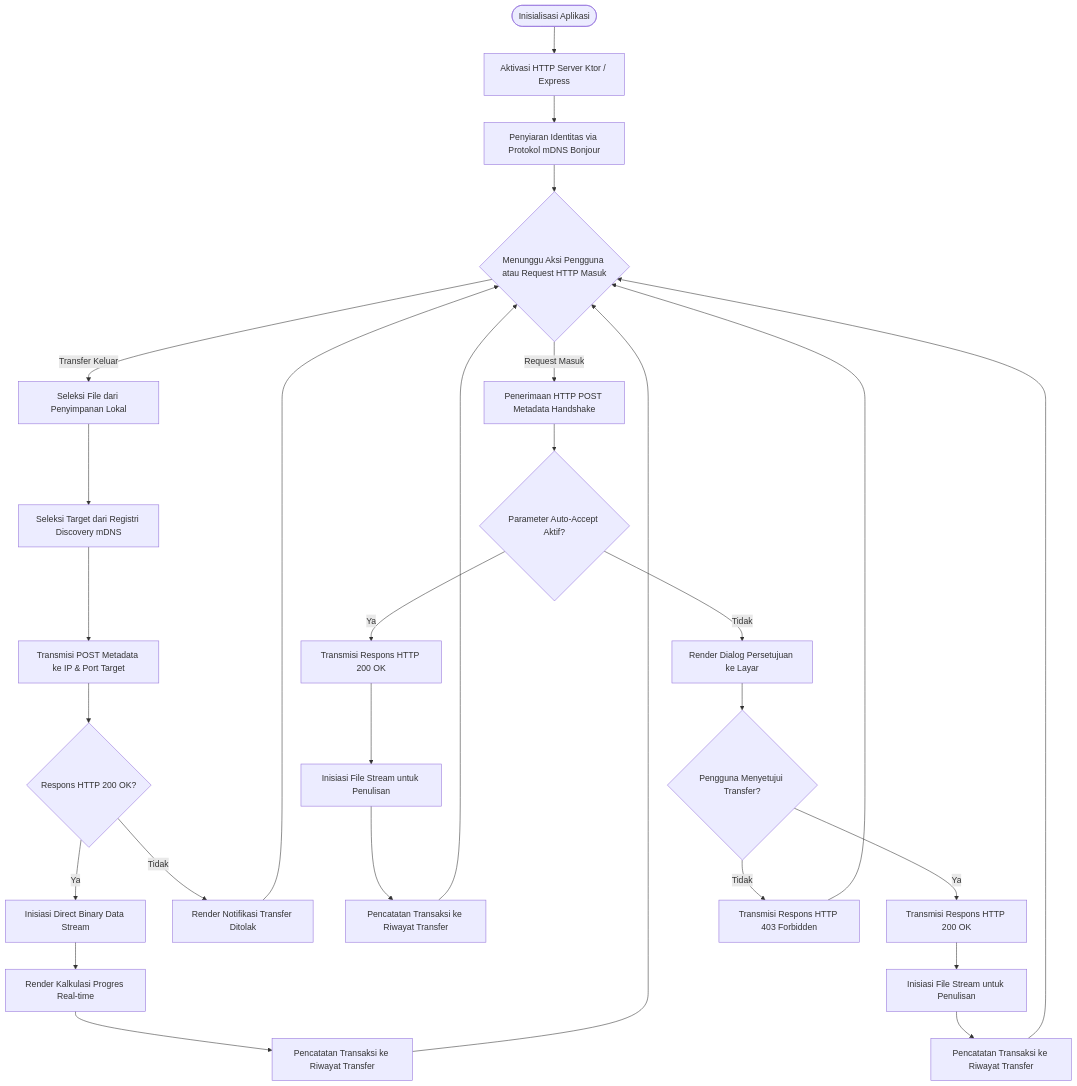
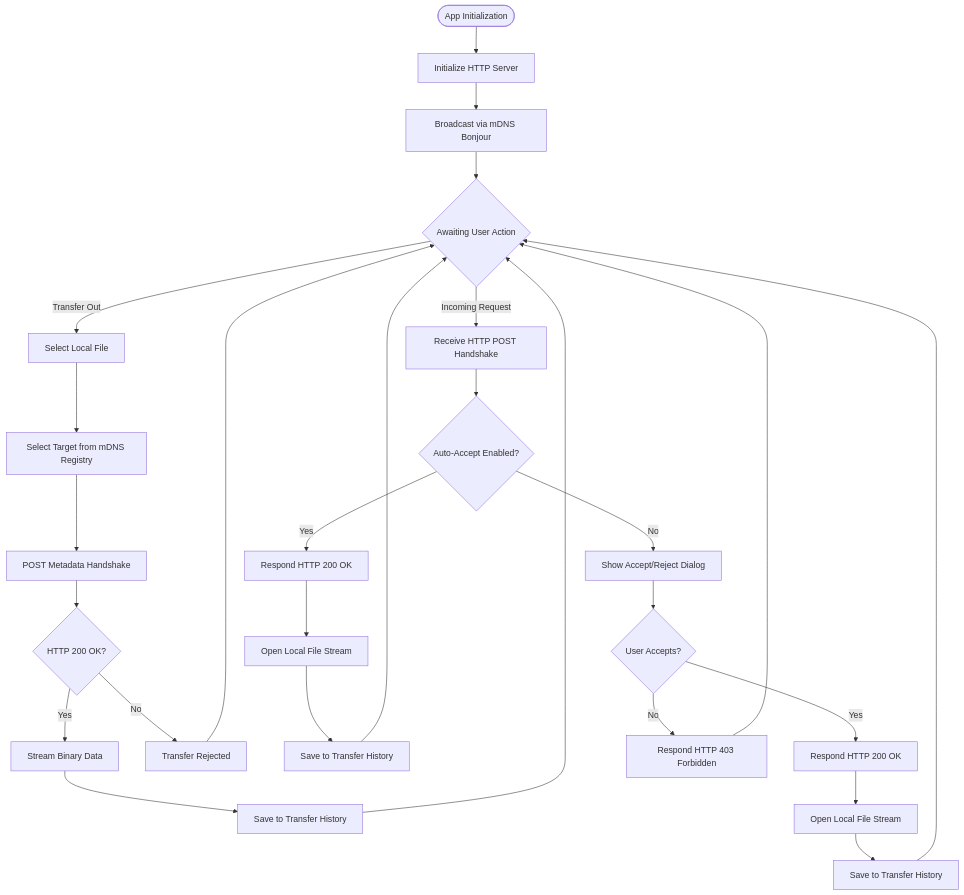
The diagram in README.md (halfthew0rldaway/relay), drawn with Mermaid before and after one commit. The commit also changed other lines of this file and 4 other files, not shown here.

````diff
--- a/README.md
+++ b/README.md
@@ -25,32 +84,31 @@
 ```mermaid
 flowchart TD
-    Start([Inisialisasi Aplikasi]) --> Init[Aktivasi HTTP Server Ktor / Express]
-    Init --> MDNS[Penyiaran Identitas via Protokol mDNS Bonjour]
-    MDNS --> Wait{Menunggu Aksi Pengguna atau Request HTTP Masuk}
+    Start([App Initialization]) --> Init[Initialize HTTP Server]
+    Init --> MDNS[Broadcast via mDNS Bonjour]
+    MDNS --> Wait{Awaiting User Action}
 
-    Wait -- Transfer Keluar --> Send[Seleksi File dari Penyimpanan Lokal]
-    Send --> Target[Seleksi Target dari Registri Discovery mDNS]
-    Target --> Meta[Transmisi POST Metadata ke IP & Port Target]
-    Meta --> Resp{Respons HTTP 200 OK?}
-    Resp -- Ya --> Stream1[Inisiasi Direct Binary Data Stream]
-    Stream1 --> Prog[Render Kalkulasi Progres Real-time]
-    Prog --> Hist1[Pencatatan Transaksi ke Riwayat Transfer]
-    Resp -- Tidak --> Fail[Render Notifikasi Transfer Ditolak]
+    Wait -- Transfer Out --> Send[Select Local File]
+    Send --> Target[Select Target from mDNS Registry]
+    Target --> Meta[POST Metadata Handshake]
+    Meta --> Resp{HTTP 200 OK?}
+    Resp -- Yes --> Stream1[Stream Binary Data]
+    Stream1 --> Hist1[Save to Transfer History]
+    Resp -- No --> Fail[Transfer Rejected]
     Hist1 --> Wait
     Fail --> Wait
 
-    Wait -- Request Masuk --> Recv[Penerimaan HTTP POST Metadata Handshake]
-    Recv --> Auto{Parameter Auto-Accept Aktif?}
-    Auto -- Ya --> OK1[Transmisi Respons HTTP 200 OK]
-    OK1 --> Stream2[Inisiasi File Stream untuk Penulisan]
-    Stream2 --> Hist2[Pencatatan Transaksi ke Riwayat Transfer]
-    Auto -- Tidak --> Prompt[Render Dialog Persetujuan ke Layar]
-    Prompt --> Ask{Pengguna Menyetujui Transfer?}
-    Ask -- Ya --> OK2[Transmisi Respons HTTP 200 OK]
-    OK2 --> Stream3[Inisiasi File Stream untuk Penulisan]
-    Stream3 --> Hist3[Pencatatan Transaksi ke Riwayat Transfer]
-    Ask -- Tidak --> Deny[Transmisi Respons HTTP 403 Forbidden]
+    Wait -- Incoming Request --> Recv[Receive HTTP POST Handshake]
+    Recv --> Auto{Auto-Accept Enabled?}
+    Auto -- Yes --> OK1[Respond HTTP 200 OK]
+    OK1 --> Stream2[Open Local File Stream]
+    Stream2 --> Hist2[Save to Transfer History]
+    Auto -- No --> Prompt[Show Accept/Reject Dialog]
+    Prompt --> Ask{User Accepts?}
+    Ask -- Yes --> OK2[Respond HTTP 200 OK]
+    OK2 --> Stream3[Open Local File Stream]
+    Stream3 --> Hist3[Save to Transfer History]
+    Ask -- No --> Deny[Respond HTTP 403 Forbidden]
     Hist2 --> Wait
     Hist3 --> Wait
     Deny --> Wait
 ```
````
